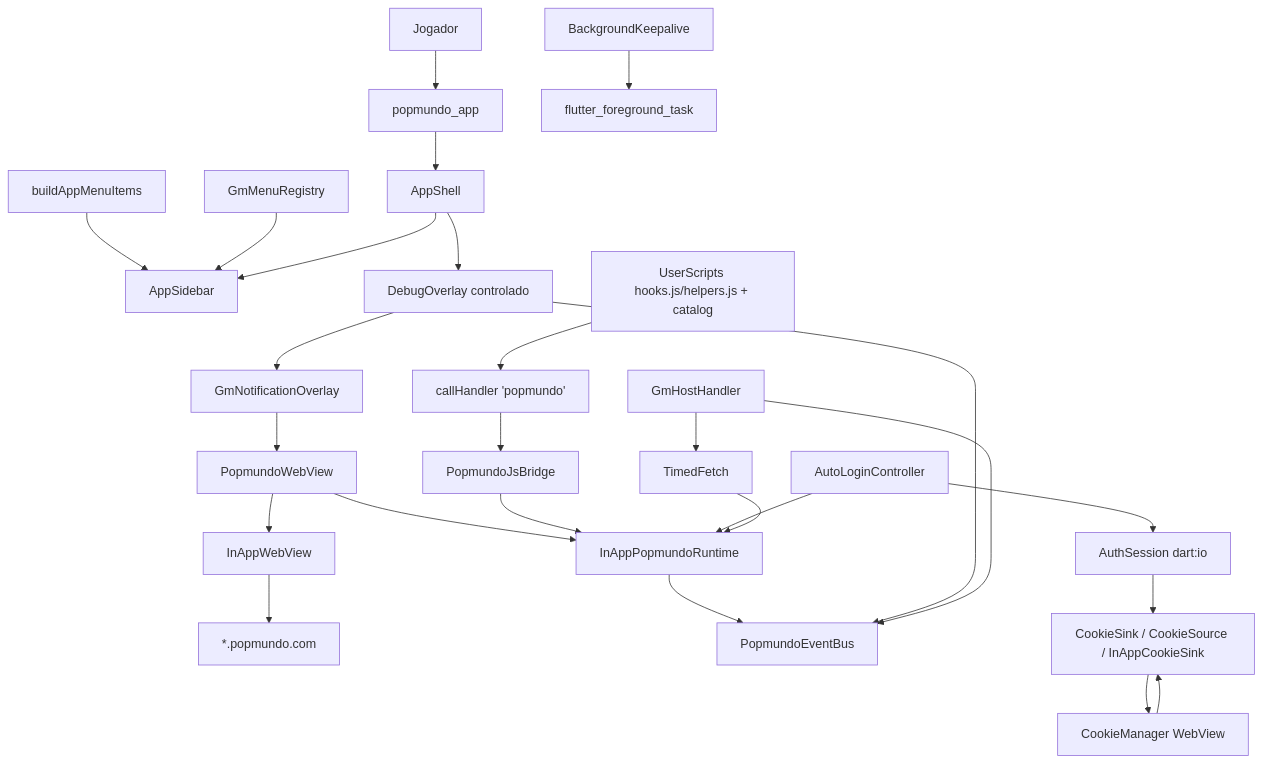
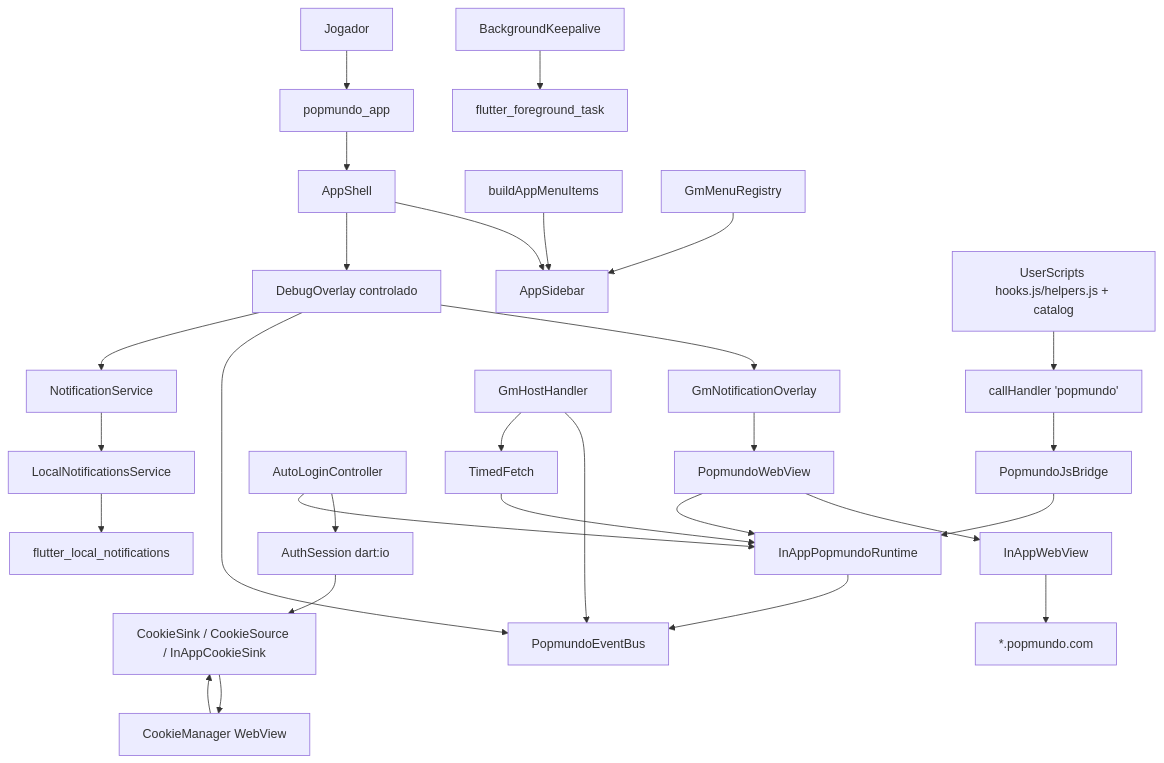
The diagram in docs/ARQUITETURA.md (wellbritto98/popflutter), drawn with Mermaid before and after one commit. The commit also changed other lines of this file and 2 other files, not shown here.

First line of the commit message:
docs: document local-notifications MVP module

````diff
--- a/docs/ARQUITETURA.md
+++ b/docs/ARQUITETURA.md
@@ -30,28 +30,31 @@
 ```mermaid
 graph TD
   Player[Jogador] --> App[popmundo_app]
   App --> Shell[AppShell]
   Registry[buildAppMenuItems] --> Sidebar[AppSidebar]
   GmReg[GmMenuRegistry] --> Sidebar
   Shell --> Sidebar
   Shell --> Overlay[DebugOverlay controlado]
   Overlay --> GmNotif[GmNotificationOverlay]
   GmNotif --> Widget[PopmundoWebView]
   Widget --> WV[InAppWebView]
   WV --> Site["*.popmundo.com"]
   Widget --> Runtime[InAppPopmundoRuntime]
   Hooks[UserScripts hooks.js/helpers.js + catalog] --> Handler["callHandler 'popmundo'"]
   Handler --> Bridge[PopmundoJsBridge]
   Bridge --> Runtime
   Runtime --> Bus[PopmundoEventBus]
   Overlay --> Bus
   AutoLogin[AutoLoginController] --> Auth[AuthSession dart:io]
   Auth --> CookieSink[CookieSink / CookieSource / InAppCookieSink]
   CookieSink --> CookieMgr[CookieManager WebView]
   CookieMgr --> CookieSink
   AutoLogin --> Runtime
   GmHost[GmHostHandler] --> Bus
   GmHost --> TimedFetch
   TimedFetch --> Runtime
   Keepalive[BackgroundKeepalive] --> FGS[flutter_foreground_task]
+  Overlay --> NotifSvc[NotificationService]
+  NotifSvc --> LocalNotif[LocalNotificationsService]
+  LocalNotif --> FLN[flutter_local_notifications]
 ```
````
